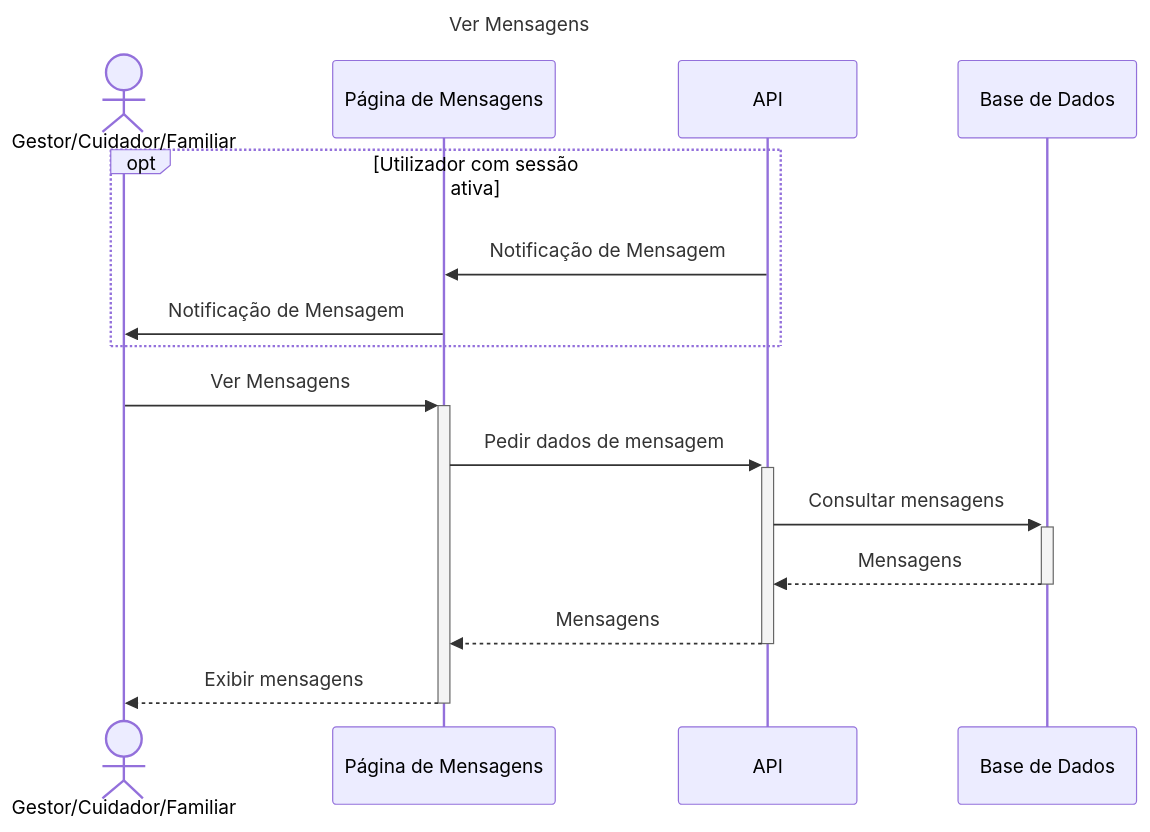
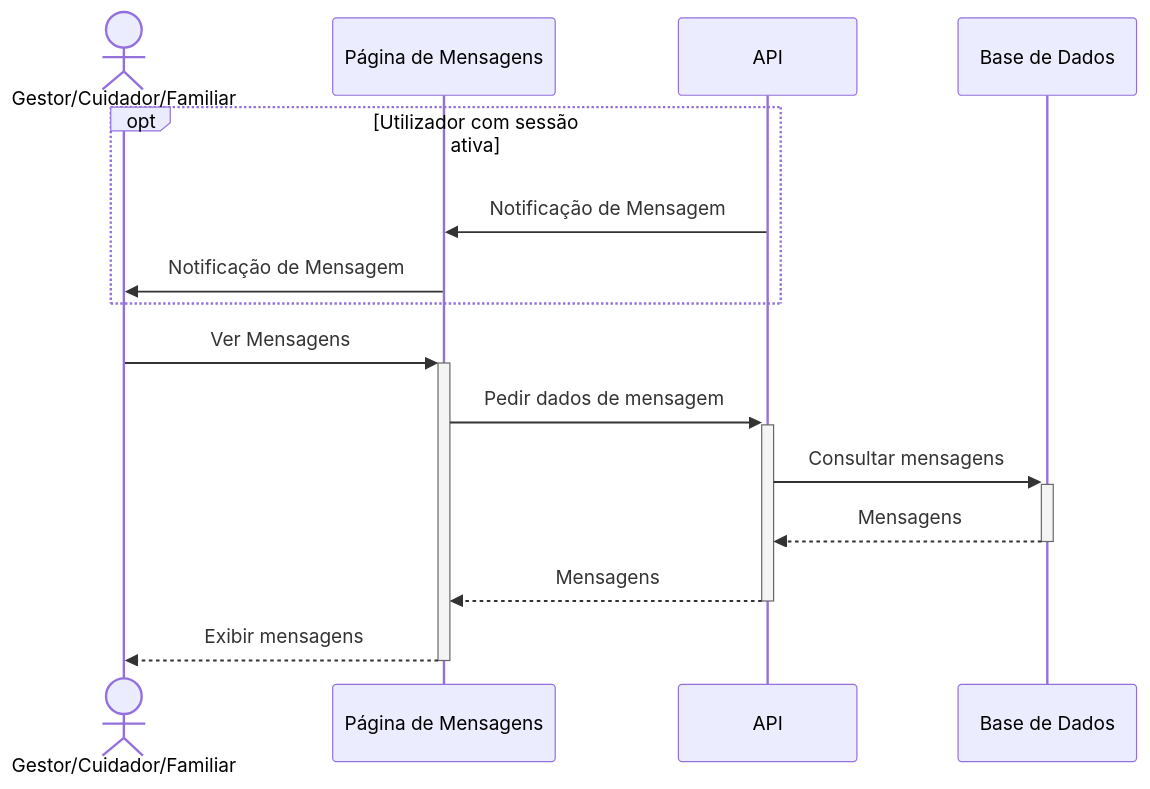
Diagram 40 of 40 in DiagramasSequencia.md (Pedro-RD/final-docs), drawn with Mermaid before and after one commit. The commit also changed other lines of this file and 53 other files, not shown here.

````diff
--- a/DiagramasSequencia.md
+++ b/DiagramasSequencia.md
@@ -1049,21 +1049,18 @@
 ```mermaid
----
-title: Ver Mensagens
----
 sequenceDiagram
     actor Utilizador as Gestor/Cuidador/Familiar
     participant PaginaMensagens as Página de Mensagens
     participant API as API
     participant BaseDeDados as Base de Dados
     opt Utilizador com sessão ativa
         API->>PaginaMensagens: Notificação de Mensagem
         PaginaMensagens->>Utilizador: Notificação de Mensagem
     end
 
     Utilizador->>+PaginaMensagens: Ver Mensagens
     PaginaMensagens->>+API: Pedir dados de mensagem
     API->>+BaseDeDados: Consultar mensagens
     BaseDeDados-->>-API: Mensagens
     API-->>-PaginaMensagens: Mensagens
     PaginaMensagens-->>-Utilizador: Exibir mensagens
 ```
````
